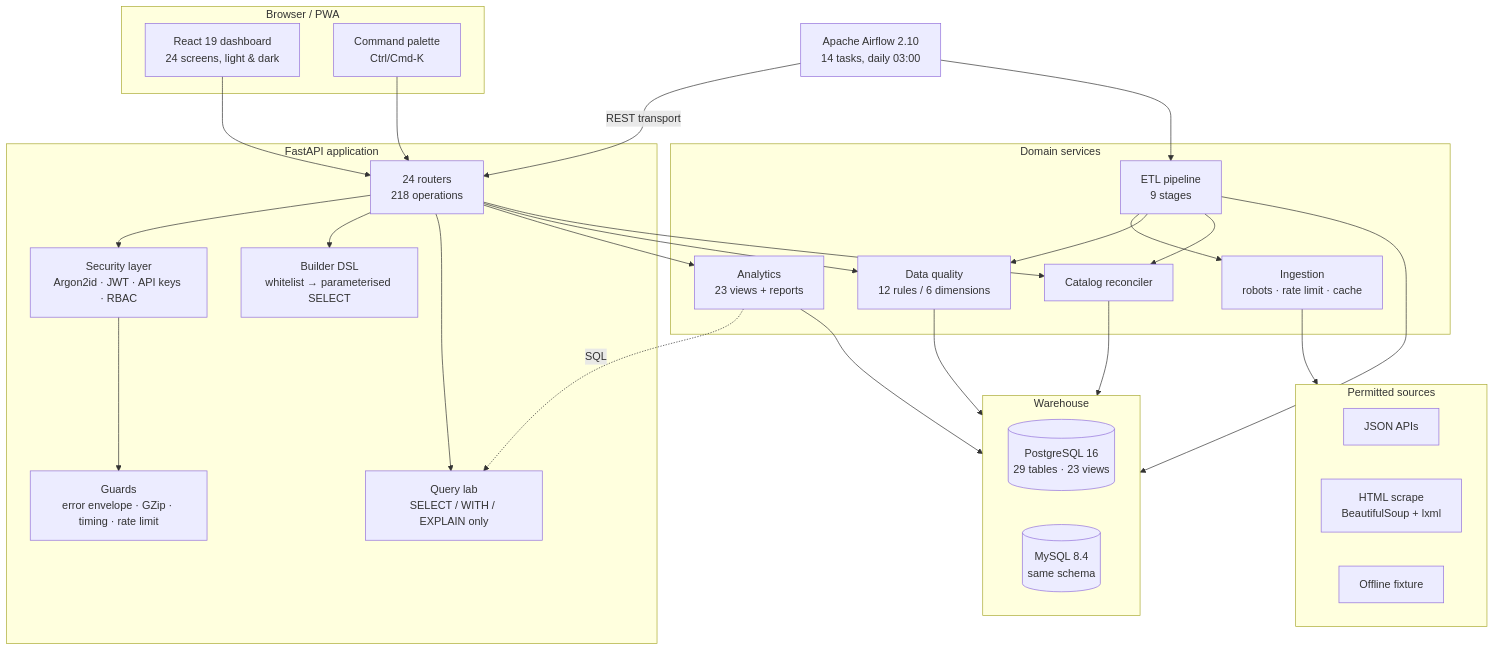
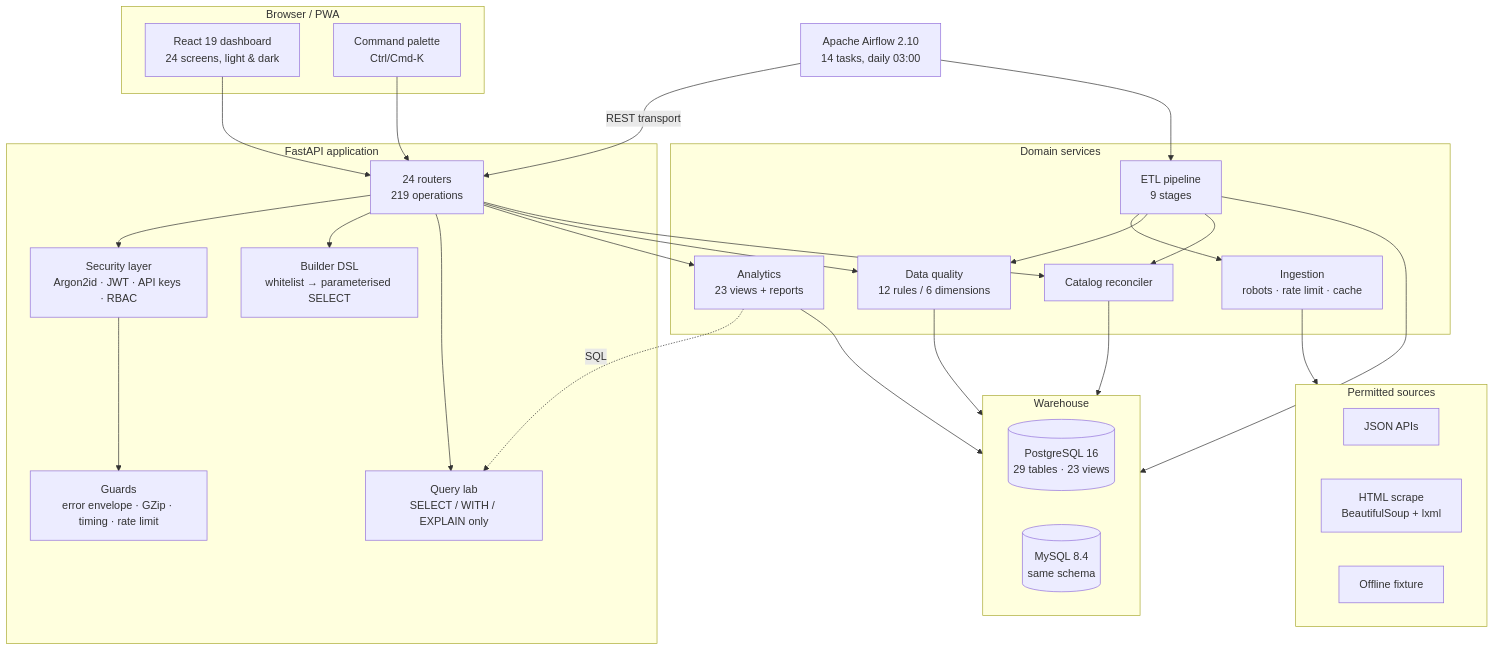
Before and after one commit to Ahmedbakr78/Web-to-Warehouse-Product-Intelligence-Pipeline: diagram 12 of 15 in README.md, drawn with Mermaid. The commit also changed other lines of this file and 2 other files, not shown here.

````diff
--- a/README.md
+++ b/README.md
@@ -796,50 +796,50 @@
 ```mermaid
 graph TB
     subgraph Client["Browser / PWA"]
         DASH["React 19 dashboard<br/>24 screens, light & dark"]
         PAL["Command palette<br/>Ctrl/Cmd-K"]
     end
     subgraph Edge["FastAPI application"]
-        ROUTES["24 routers<br/>218 operations"]
+        ROUTES["24 routers<br/>219 operations"]
         AUTH["Security layer<br/>Argon2id · JWT · API keys · RBAC"]
         GUARD["Guards<br/>error envelope · GZip · timing · rate limit"]
         BUILDER["Builder DSL<br/>whitelist → parameterised SELECT"]
         QLAB["Query lab<br/>SELECT / WITH / EXPLAIN only"]
     end
     subgraph Domain["Domain services"]
         ING["Ingestion<br/>robots · rate limit · cache"]
         ETL["ETL pipeline<br/>9 stages"]
         DQ["Data quality<br/>12 rules / 6 dimensions"]
         AN["Analytics<br/>23 views + reports"]
         REC["Catalog reconciler"]
     end
     subgraph Store["Warehouse"]
         PG[("PostgreSQL 16<br/>29 tables · 23 views")]
         MY[("MySQL 8.4<br/>same schema")]
     end
     subgraph Sources["Permitted sources"]
         S1["JSON APIs"]
         S2["HTML scrape<br/>BeautifulSoup + lxml"]
         S3["Offline fixture"]
     end
     AF["Apache Airflow 2.10<br/>14 tasks, daily 03:00"]
 
     DASH --> ROUTES
     PAL --> ROUTES
     ROUTES --> AUTH --> GUARD
     ROUTES --> BUILDER
     ROUTES --> QLAB
     ROUTES --> AN
     ROUTES --> DQ
     ROUTES --> REC
     ETL --> ING --> Sources
     ETL --> DQ
     ETL --> REC
     ETL --> Store
     AN --> Store
     DQ --> Store
     REC --> Store
     AN -.SQL.-> QLAB
     AF -->|"REST transport"| ROUTES
     AF --> ETL
 ```
````
